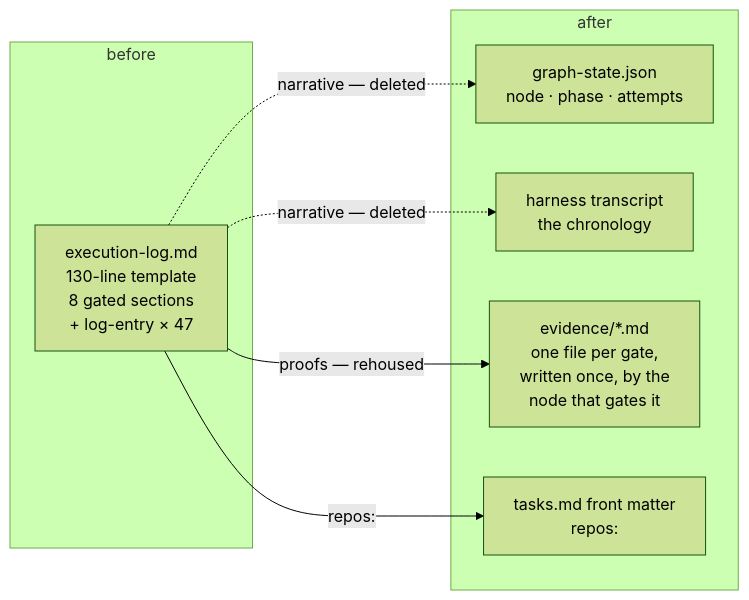
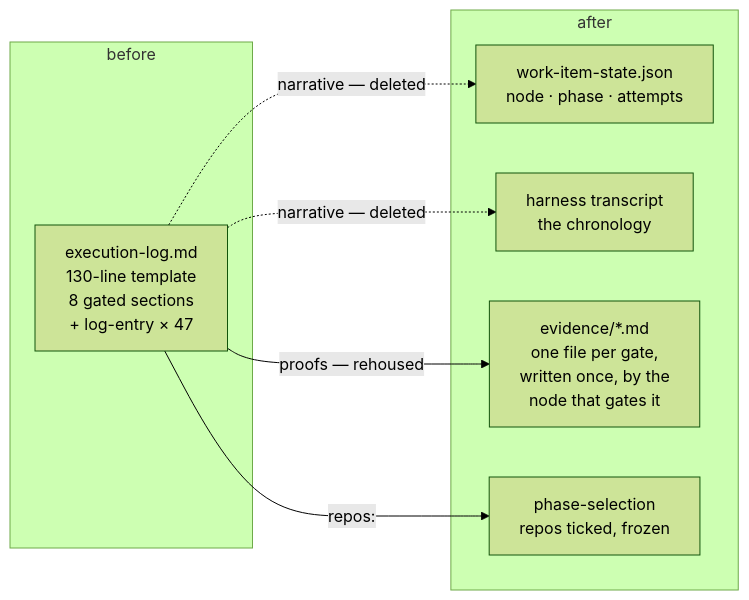
Before and after one commit to MadaraUchiha-314/the-loop: the first of 2 diagrams in docs/specs/issue-365/design.md, drawn with Mermaid (forest theme). The commit also changed other lines of this file and 89 other files, not shown here.

First line of the commit message:
refactor(issue-365)!: the state file is the work item's, and `repos` is the gate's

````diff
--- a/docs/specs/issue-365/design.md
+++ b/docs/specs/issue-365/design.md
@@ -19,16 +19,16 @@
 ```mermaid
 flowchart LR
     subgraph before["before"]
         EL["execution-log.md<br/>130-line template<br/>8 gated sections<br/>+ log-entry × 47"]
     end
     subgraph after["after"]
-        GS["graph-state.json<br/>node · phase · attempts"]
+        GS["work-item-state.json<br/>node · phase · attempts"]
         TR["harness transcript<br/>the chronology"]
         EV["evidence/*.md<br/>one file per gate,<br/>written once, by the<br/>node that gates it"]
-        TA["tasks.md front matter<br/>repos:"]
+        TA["phase-selection<br/>repos ticked, frozen"]
     end
     EL -.->|"narrative — deleted"| GS
     EL -.->|"narrative — deleted"| TR
     EL -->|"proofs — rehoused"| EV
     EL -->|"repos:"| TA
 ```
````
